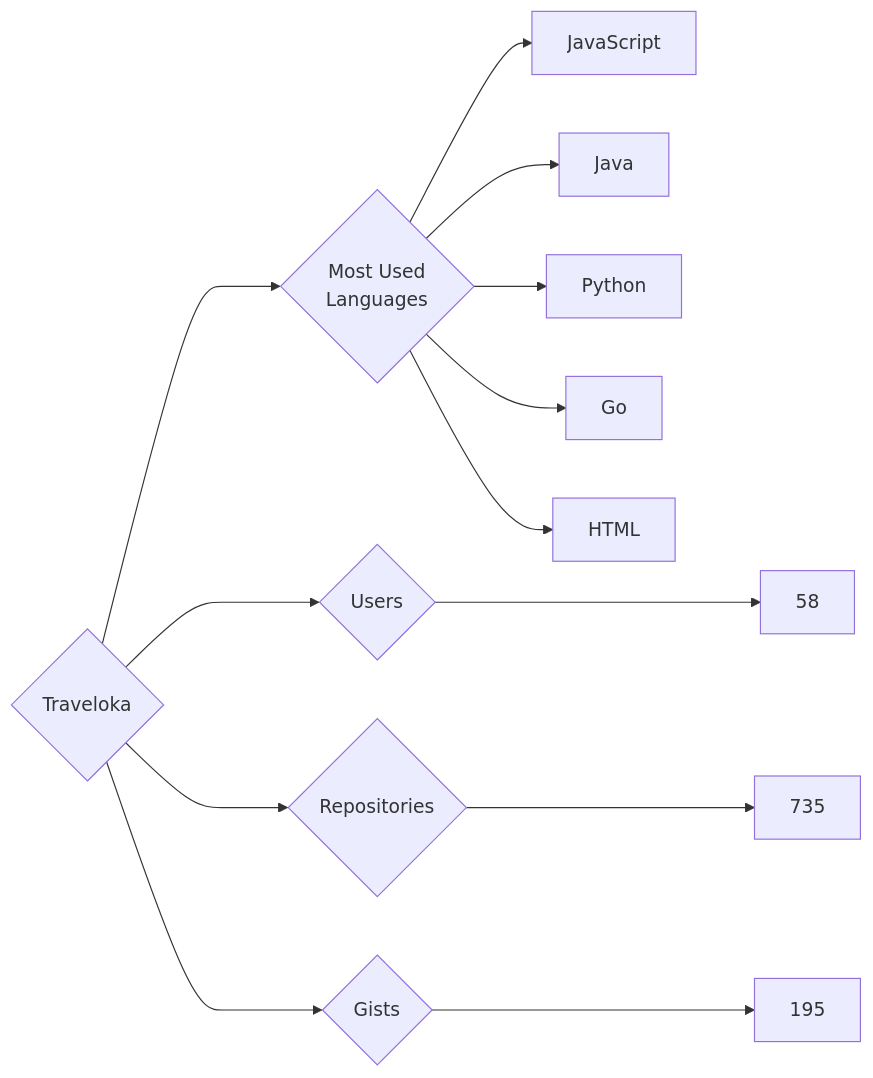
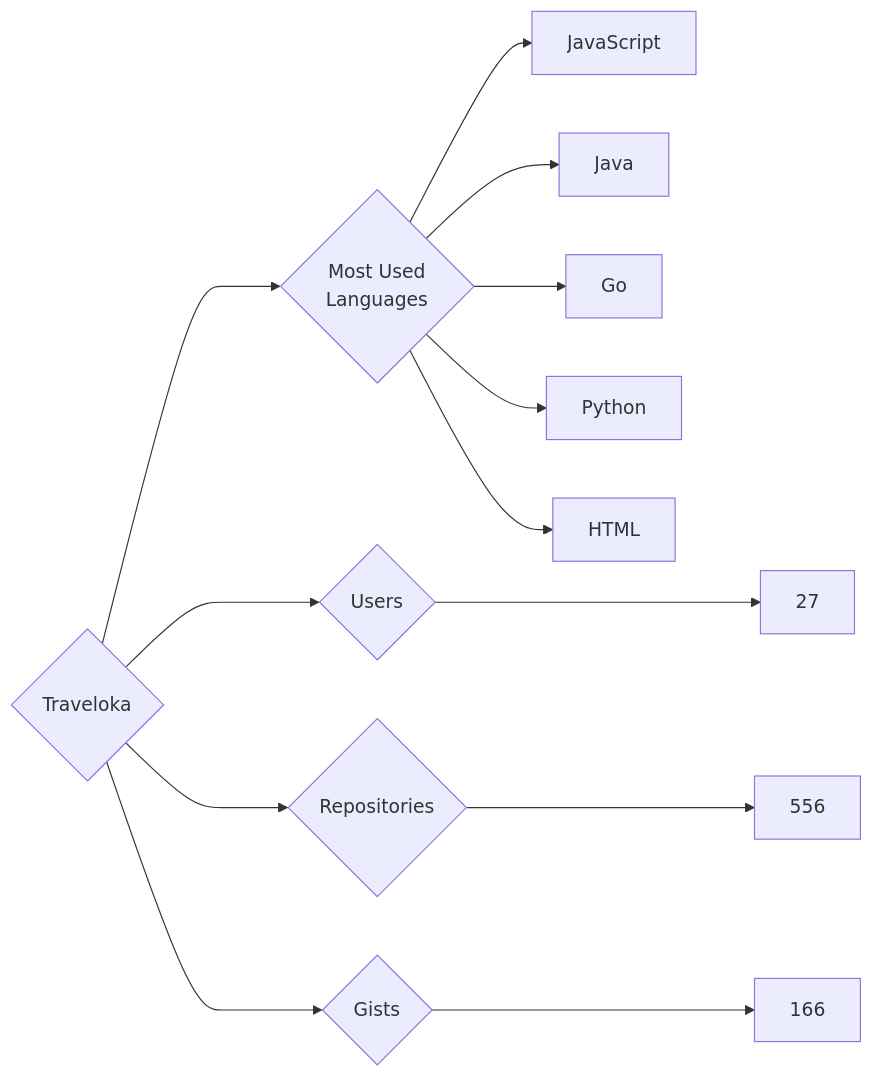
Before and after one commit to trickest/insiders: the diagram in targets/Traveloka/README.md, drawn with Mermaid. The commit also changed 973 other files, not shown here.

````diff
--- a/targets/Traveloka/README.md
+++ b/targets/Traveloka/README.md
@@ -3,13 +3,13 @@
 ```mermaid
 graph LR
 COMPANY_NAME{Traveloka}
-COMPANY_NAME ---> U{Users} ---> UN[58]
-COMPANY_NAME ---> R{Repositories} ---> RN[735]
-COMPANY_NAME ---> G{Gists} ---> GN[195]
+COMPANY_NAME ---> U{Users} ---> UN[27]
+COMPANY_NAME ---> R{Repositories} ---> RN[556]
+COMPANY_NAME ---> G{Gists} ---> GN[166]
 COMPANY_NAME ---> ML{Most Used<br>Languages}
 ML --> JavaScript[JavaScript]
 ML --> Java[Java]
+ML --> Go[Go]
 ML --> Python[Python]
-ML --> Go[Go]
 ML --> HTML[HTML]
 ```
````
